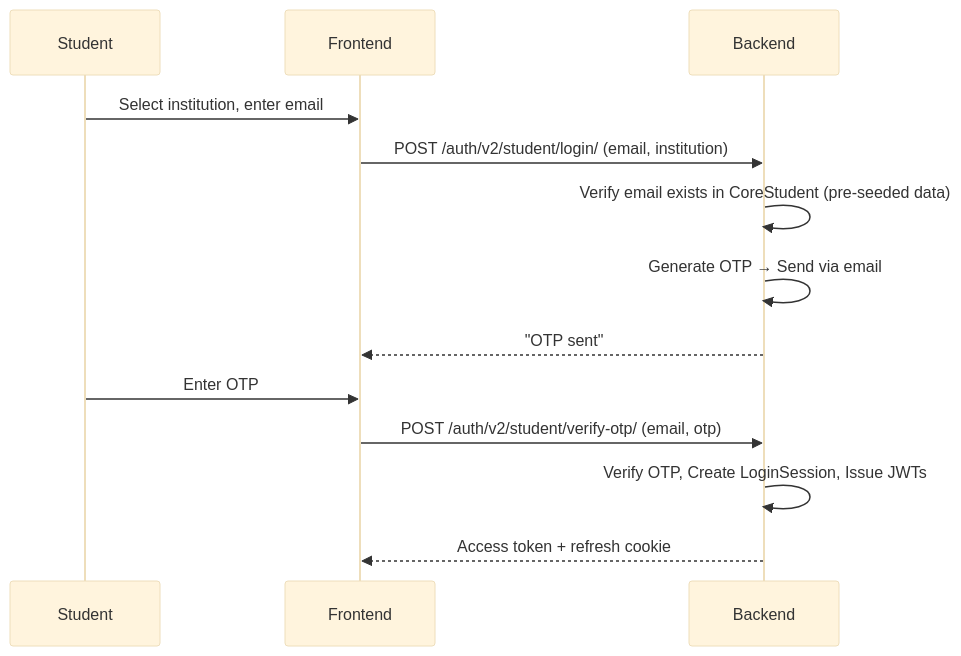
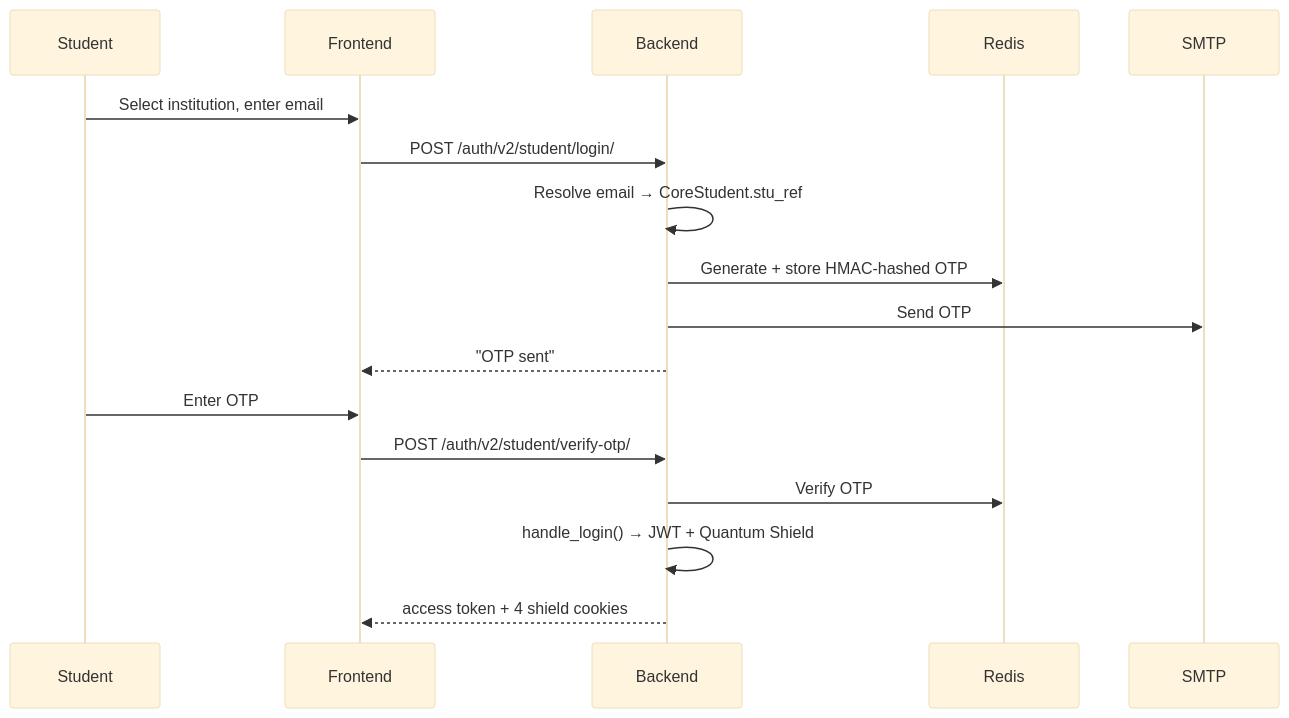
Before and after one commit to manoharreddyparne/core_final: the fourth of 4 diagrams in docs/03_SECURITY_AND_AUTHENTICATION.md, drawn with Mermaid (base theme). The commit also changed other lines of this file and 6 other files, not shown here.

Commit message:
Rewrite all project docs: accurate Quantum Shield, SafeJWT, full sprint showcase, expanded user stories

````diff
--- a/docs/03_SECURITY_AND_AUTHENTICATION.md
+++ b/docs/03_SECURITY_AND_AUTHENTICATION.md
@@ -63,16 +162,19 @@
 ```mermaid
 sequenceDiagram
     participant ST as Student
     participant FE as Frontend
     participant BE as Backend
+    participant RD as Redis
 
     ST->>FE: Select institution, enter email
-    FE->>BE: POST /auth/v2/student/login/ (email, institution)
-    BE->>BE: Verify email exists in CoreStudent (pre-seeded data)
-    BE->>BE: Generate OTP → Send via email
+    FE->>BE: POST /auth/v2/student/login/
+    BE->>BE: Resolve email → CoreStudent.stu_ref
+    BE->>RD: Generate + store HMAC-hashed OTP
+    BE->>SMTP: Send OTP
     BE-->>FE: "OTP sent"
     ST->>FE: Enter OTP
-    FE->>BE: POST /auth/v2/student/verify-otp/ (email, otp)
-    BE->>BE: Verify OTP, Create LoginSession, Issue JWTs
-    BE-->>FE: Access token + refresh cookie
+    FE->>BE: POST /auth/v2/student/verify-otp/
+    BE->>RD: Verify OTP
+    BE->>BE: handle_login() → JWT + Quantum Shield
+    BE-->>FE: access token + 4 shield cookies
 ```
````
